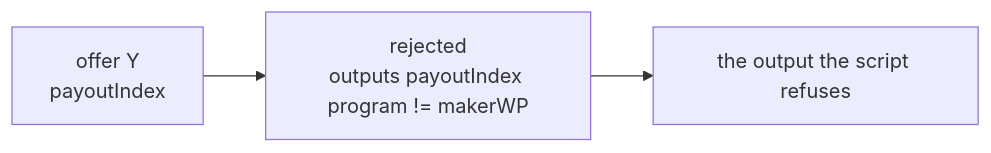
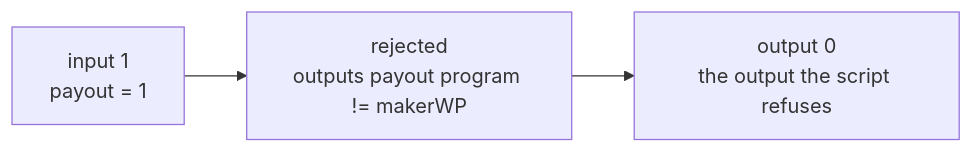
Before and after one commit to ArkLabsHQ/arkade-standing-match: the third of 4 diagrams in README.md, drawn with Mermaid. The commit also changed other lines of this file and 7 other files, not shown here.

First line of the commit message:
Replace the payout-index pair with one MatchedSwap.

````diff
--- a/README.md
+++ b/README.md
@@ -33,5 +35,5 @@
 ```mermaid
 flowchart LR
-  offerY["offer Y<br/>payoutIndex"] --> tx["rejected<br/>outputs payoutIndex program != makerWP"]
-  tx --> wrong["the output the script refuses"]
+  input1["input 1<br/>payout = 1"] --> tx["rejected<br/>outputs payout program != makerWP"]
+  tx --> wrong["output 0<br/>the output the script refuses"]
 ```
````
